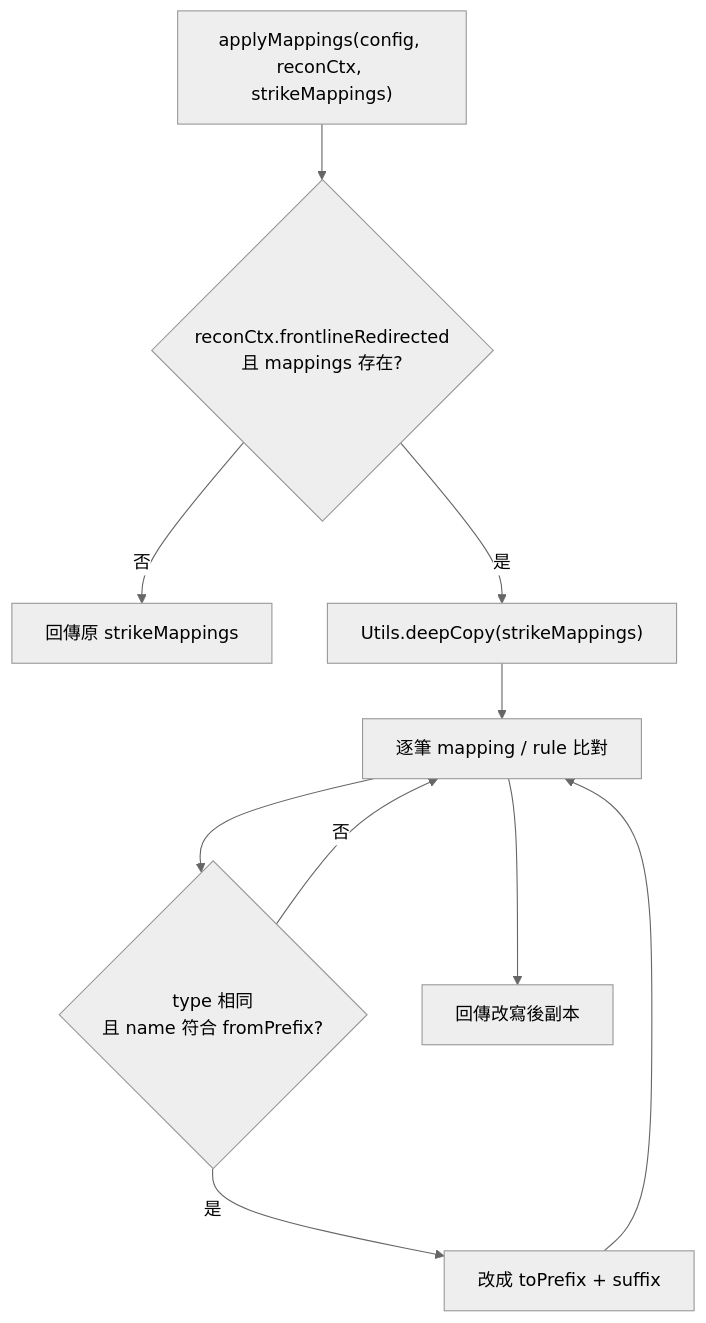
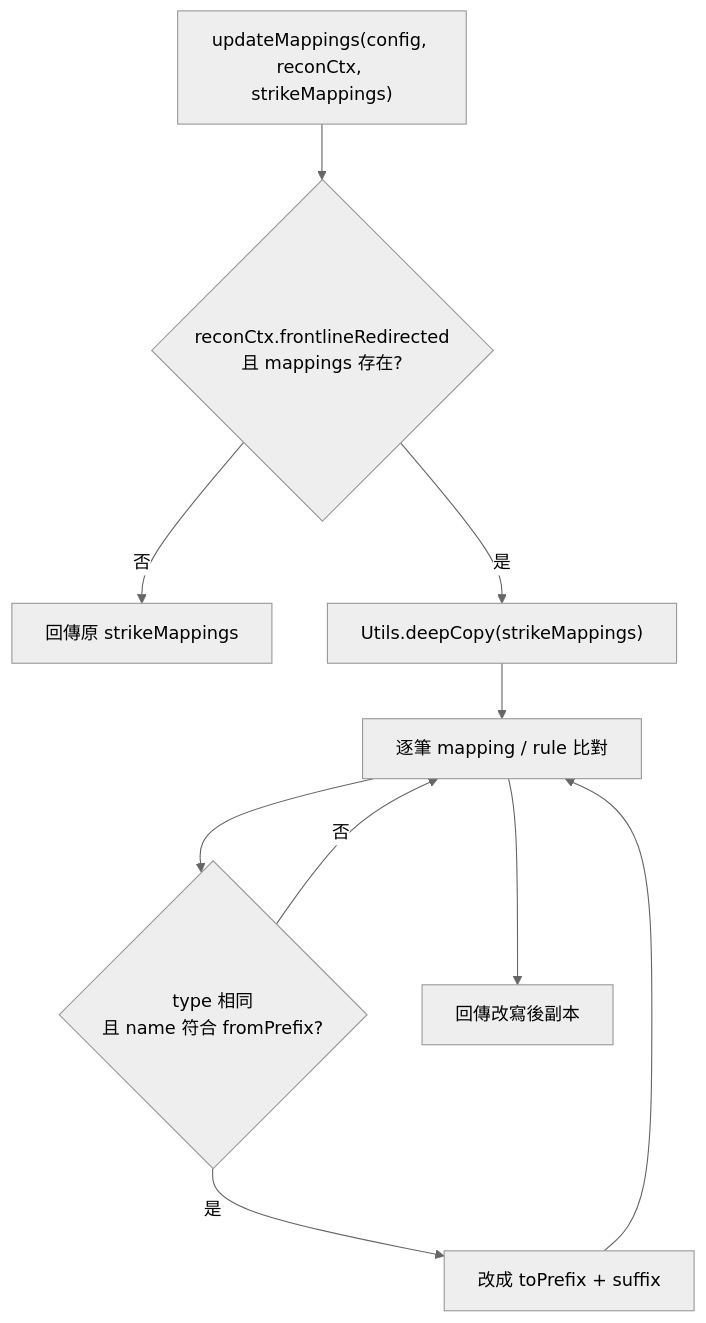
The second of 2 diagrams in docs/strikePlanner/frontlineRedirect.md (pullupjumper/formosa-in-flames), drawn with Mermaid (neutral theme) before and after one commit. The commit also changed other lines of this file and 93 other files, not shown here.

````diff
--- a/docs/strikePlanner/frontlineRedirect.md
+++ b/docs/strikePlanner/frontlineRedirect.md
@@ -70,19 +70,19 @@
 ```mermaid
 flowchart TD
-    START["applyMappings(config, reconCtx, strikeMappings)"]
+    START["updateMappings(config, reconCtx, strikeMappings)"]
     ACTIVE{"reconCtx.frontlineRedirected<br>且 mappings 存在?"}
     RETURN_ORIGINAL["回傳原 strikeMappings"]
     COPY["Utils.deepCopy(strikeMappings)"]
     LOOP["逐筆 mapping / rule 比對"]
     MATCH{"type 相同<br>且 name 符合 fromPrefix?"}
     REWRITE["改成 toPrefix + suffix"]
     RESULT["回傳改寫後副本"]
 
     START --> ACTIVE
     ACTIVE -->|否| RETURN_ORIGINAL
     ACTIVE -->|是| COPY --> LOOP
     LOOP --> MATCH
     MATCH -->|是| REWRITE --> LOOP
     MATCH -->|否| LOOP
     LOOP --> RESULT
 ```
````
